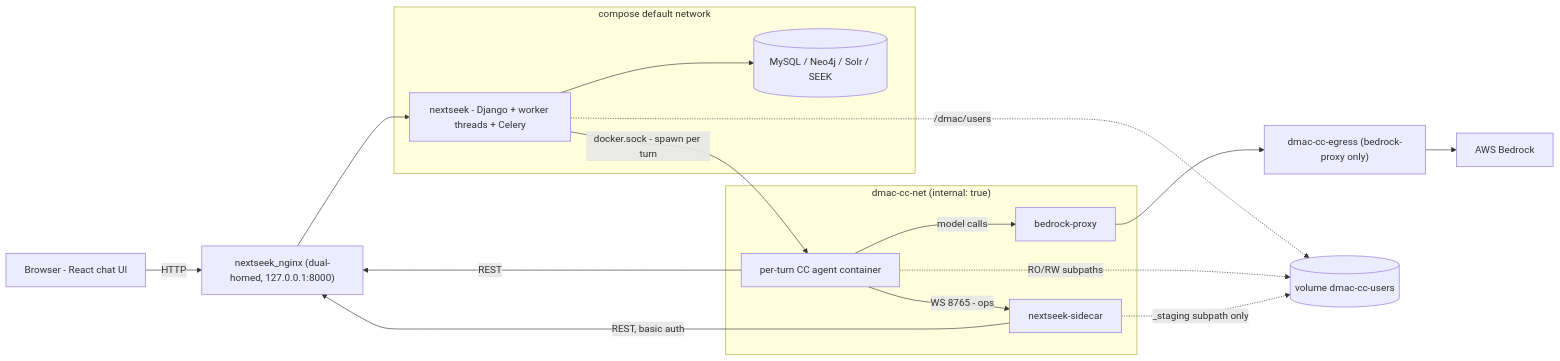
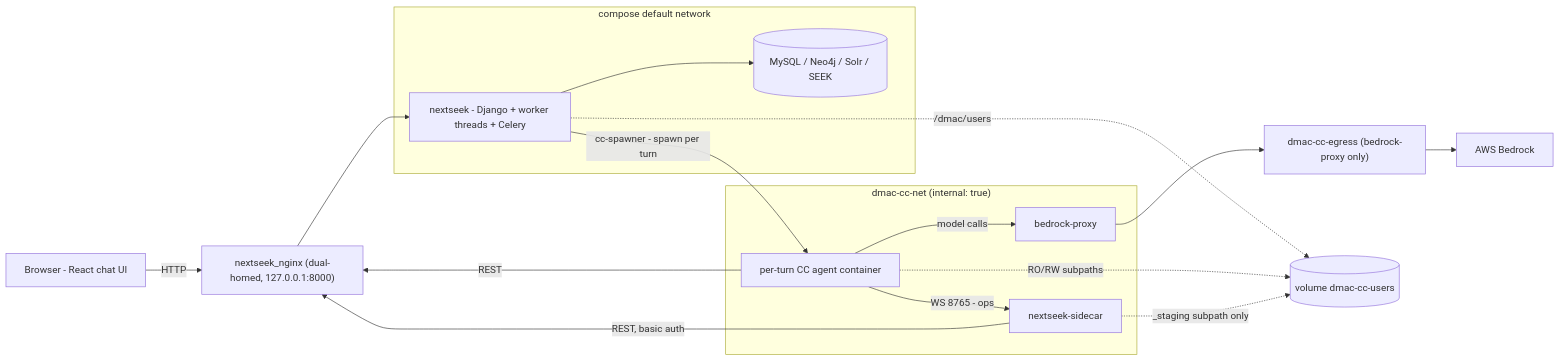
One commit to BioMicroCenter/NExtSEEK changed the first of 4 diagrams in NessieAI/docs/architecture.md. Above: the diagram before and after it, drawn with Mermaid. The commit also changed other lines of this file and 8 other files, not shown here.

First line of the commit message:
W9 part 2: take the Docker socket out of web, default the spawner URL, check CC from web

````diff
--- a/NessieAI/docs/architecture.md
+++ b/NessieAI/docs/architecture.md
@@ -23,29 +23,29 @@
 ```mermaid
 flowchart LR
     B["Browser - React chat UI"]
     NG["nextseek_nginx (dual-homed, 127.0.0.1:8000)"]
     subgraph DEF["compose default network"]
         DJ["nextseek - Django + worker threads + Celery"]
         DS[("MySQL / Neo4j / Solr / SEEK")]
     end
     subgraph CC["dmac-cc-net (internal: true)"]
         AG["per-turn CC agent container"]
         SC["nextseek-sidecar"]
         BP["bedrock-proxy"]
     end
     EG["dmac-cc-egress (bedrock-proxy only)"]
     AWS["AWS Bedrock"]
     VOL[("volume dmac-cc-users")]
     B -->|"HTTP"| NG
     NG --> DJ
     DJ --> DS
-    DJ -->|"docker.sock - spawn per turn"| AG
+    DJ -->|"cc-spawner - spawn per turn"| AG
     AG -->|"WS 8765 - ops"| SC
     AG -->|"model calls"| BP
     AG -->|"REST"| NG
     SC -->|"REST, basic auth"| NG
     BP --> EG --> AWS
     DJ -.->|"/dmac/users"| VOL
     AG -.->|"RO/RW subpaths"| VOL
     SC -.->|"_staging subpath only"| VOL
 ```
````
